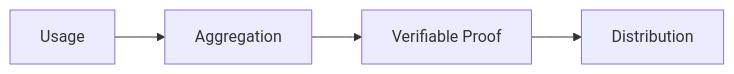
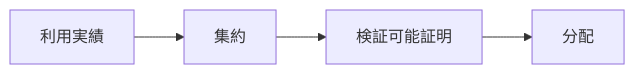
Before and after one commit to ShigeichiroYamasaki/creator-first-platform: diagram 16 of 17 in docs/whitepaper/01-vision.md, drawn with Mermaid. The commit also changed other lines of this file and 72 other files, not shown here.

````diff
--- a/docs/whitepaper/01-vision.md
+++ b/docs/whitepaper/01-vision.md
@@ -450,9 +450,9 @@
 ```mermaid
 flowchart LR
-    USE[Usage]
-    AGG[Aggregation]
-    PROOF[Verifiable Proof]
-    DIST[Distribution]
+    USE[利用実績]
+    AGG[集約]
+    PROOF[検証可能証明]
+    DIST[分配]
 
     USE --> AGG --> PROOF --> DIST
 ```
````
